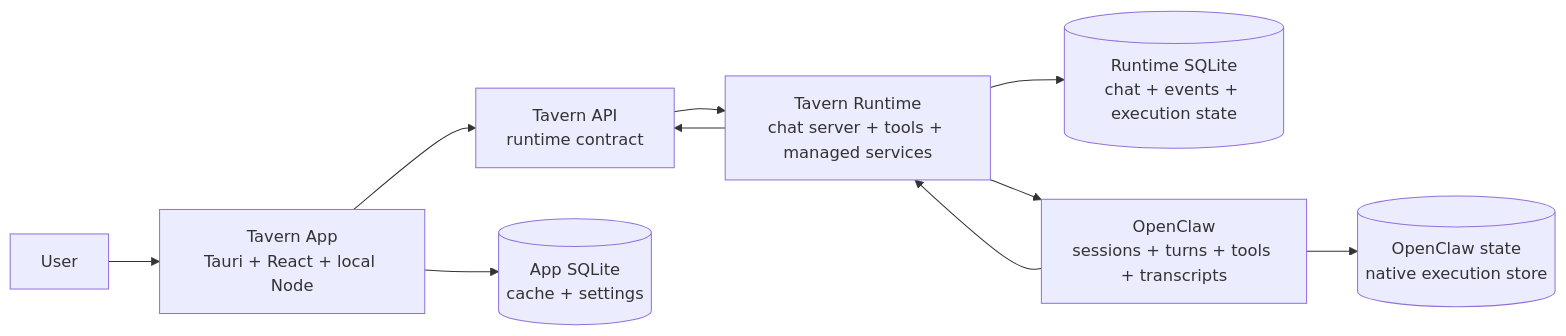
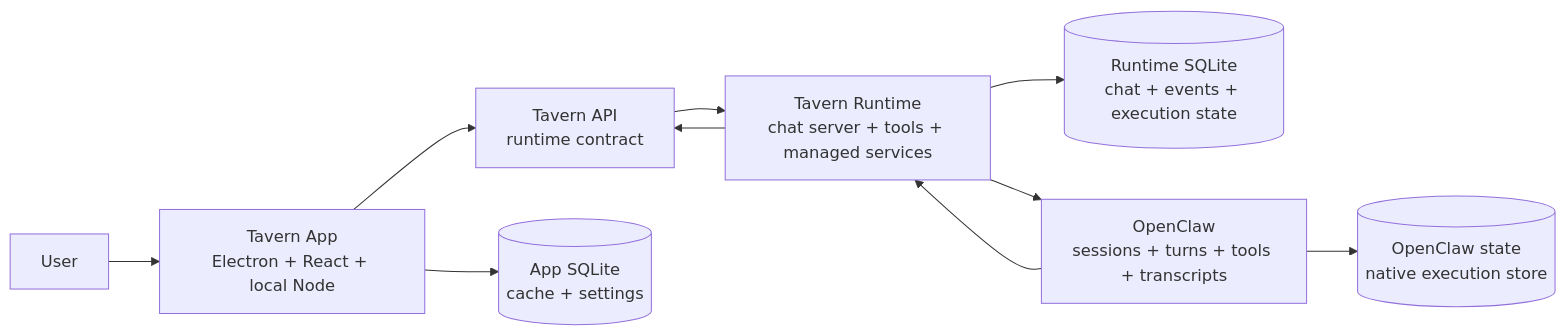
One commit to zknicker/tavern changed the diagram in docs/internals/architecture-overview.md. Above: the diagram before and after it, drawn with Mermaid. The commit also changed 122 other files, not shown here.

Commit message:
feat: migrate desktop app to Electron

````diff
--- a/docs/internals/architecture-overview.md
+++ b/docs/internals/architecture-overview.md
@@ -15,21 +15,21 @@
 ```mermaid
 flowchart LR
     user[User]
-    app[Tavern App<br/>Tauri + React + local Node]
+    app[Tavern App<br/>Electron + React + local Node]
     api[Tavern API<br/>runtime contract]
     appdb[(App SQLite<br/>cache + settings)]
     runtime[Tavern Runtime<br/>chat server + tools + managed services]
     runtimedb[(Runtime SQLite<br/>chat + events + execution state)]
     openclaw[OpenClaw<br/>sessions + turns + tools + transcripts]
     openclawstate[(OpenClaw state<br/>native execution store)]
 
     user --> app
     app --> api
     api --> runtime
     app --> appdb
     runtime --> runtimedb
     runtime --> openclaw
     openclaw --> openclawstate
     openclaw --> runtime
     runtime --> api
 ```
````
